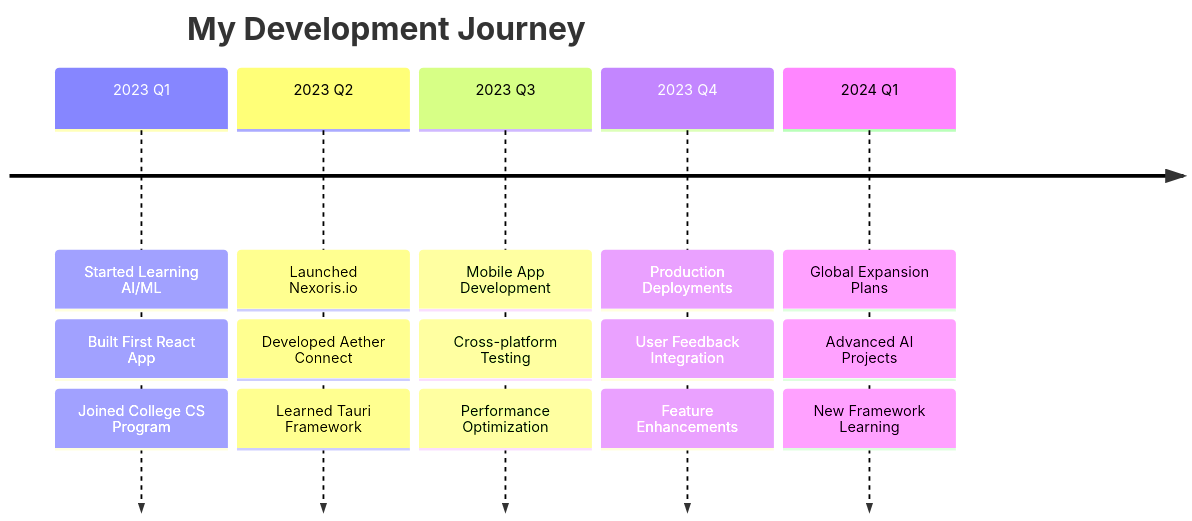
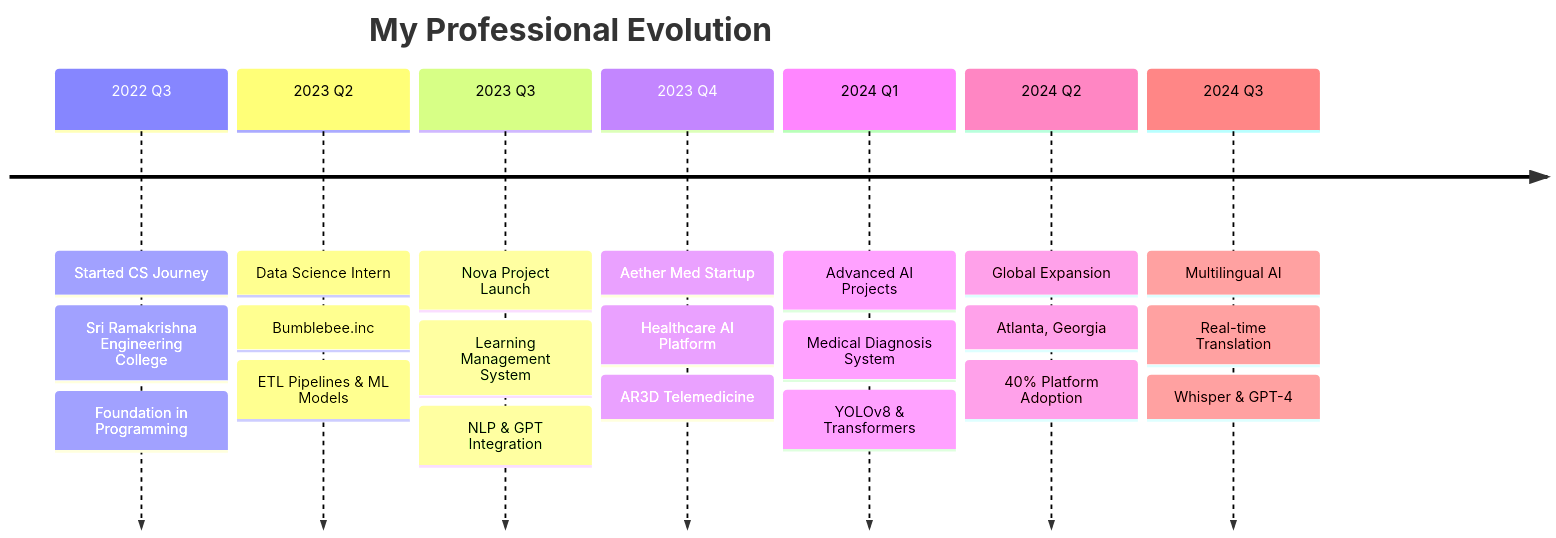
The third of 7 diagrams in README.md (AnvinX1/AnvinX1), drawn with Mermaid before and after one commit. The commit also changed other lines of this file, not shown here.

````diff
--- a/README.md
+++ b/README.md
@@ -124,19 +126,25 @@
 ```mermaid
 timeline
-    title My Development Journey
-    2023 Q1 : Started Learning AI/ML
-           : Built First React App
-           : Joined College CS Program
-    2023 Q2 : Launched Nexoris.io
-           : Developed Aether Connect
-           : Learned Tauri Framework
-    2023 Q3 : Mobile App Development
-           : Cross-platform Testing
-           : Performance Optimization
-    2023 Q4 : Production Deployments
-           : User Feedback Integration
-           : Feature Enhancements
-    2024 Q1 : Global Expansion Plans
-           : Advanced AI Projects
-           : New Framework Learning
+    title My Professional Evolution
+    2022 Q3 : Started CS Journey
+           : Sri Ramakrishna Engineering College
+           : Foundation in Programming
+    2023 Q2 : Data Science Intern
+           : Bumblebee.inc
+           : ETL Pipelines & ML Models
+    2023 Q3 : Nova Project Launch
+           : Learning Management System
+           : NLP & GPT Integration
+    2023 Q4 : Aether Med Startup
+           : Healthcare AI Platform
+           : AR3D Telemedicine
+    2024 Q1 : Advanced AI Projects
+           : Medical Diagnosis System
+           : YOLOv8 & Transformers
+    2024 Q2 : Global Expansion
+           : Atlanta, Georgia
+           : 40% Platform Adoption
+    2024 Q3 : Multilingual AI
+           : Real-time Translation
+           : Whisper & GPT-4
 ```
````
